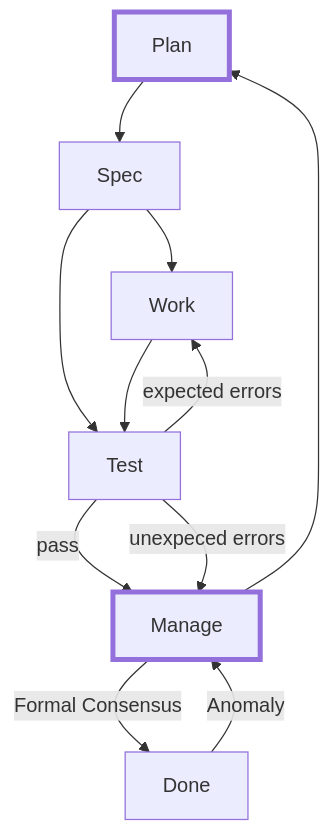
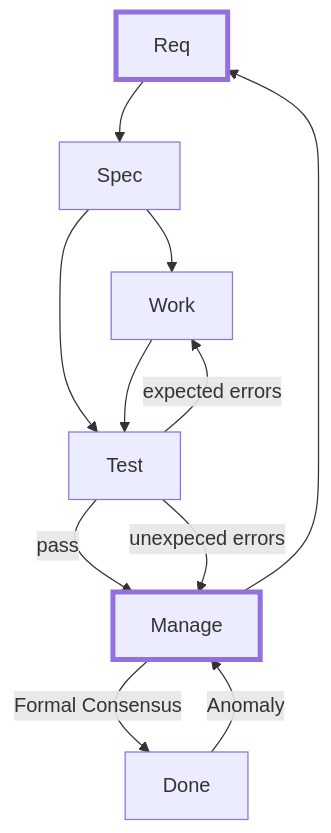
The diagram in pkg/nameforma/doc/task-action.md (sc-voice/nx-scv), drawn with Mermaid before and after one commit. The commit also changed other lines of this file and 1 other file, not shown here.

Commit message:
v3.33.0 += task

````diff
--- a/pkg/nameforma/doc/task-action.md
+++ b/pkg/nameforma/doc/task-action.md
@@ -13,21 +13,21 @@
 ```mermaid
 graph TD
-    Plan --> Spec
+    Req --> Spec
 
     Spec --> Work
     Spec --> Test
     
     Work --> Test
     
     Test -->|expected errors| Work
     Test -->|pass| Manage
     Test -->|unexpeced errors| Manage
     
-    Manage --> Plan
+    Manage --> Req
     Manage --> |Formal Consensus| Done
     
     Done --> |Anomaly| Manage
 
     classDef strategic stroke-width:4px
-    class Plan,Manage strategic
+    class Req,Manage strategic
 ```
````
